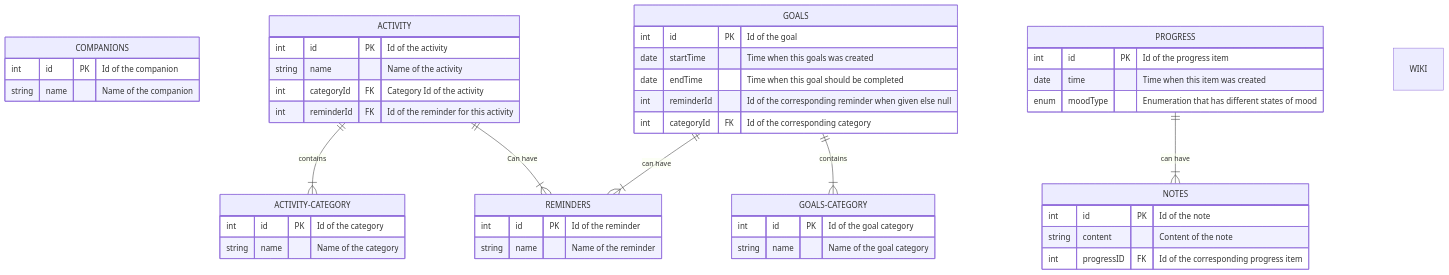
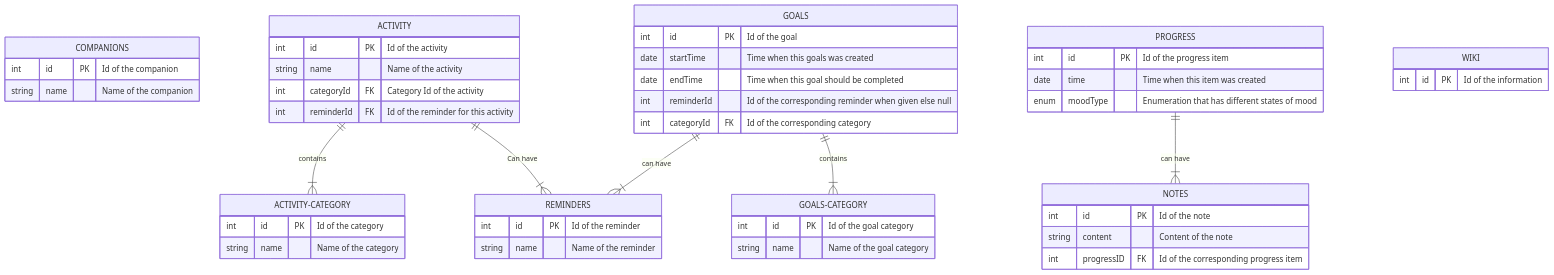
The diagram in docs/erd.md (Relievely/relievely_docs), drawn with Mermaid before and after one commit.

````diff
--- a/docs/erd.md
+++ b/docs/erd.md
@@ -1,55 +1,57 @@
 ```mermaid
 erDiagram
     COMPANIONS {
         int id PK "Id of the companion"
         string name "Name of the companion"
     }
     
     ACTIVITY {
         int id PK "Id of the activity"
         string name "Name of the activity"
         int categoryId FK "Category Id of the activity"
         int reminderId FK "Id of the reminder for this activity"
     }
     ACTIVITY || -- |{ ACTIVITY-CATEGORY : contains
     ACTIVITY || -- |{ REMINDERS : "Can have"
 
 
     ACTIVITY-CATEGORY {
         int id PK "Id of the category"
         string name "Name of the category"
     }
 
     GOALS {
         int id PK "Id of the goal"
         date startTime "Time when this goals was created"
         date endTime "Time when this goal should be completed"
         int reminderId "Id of the corresponding reminder when given else null"
         int categoryId FK "Id of the corresponding category"
     }
     GOALS || -- |{ GOALS-CATEGORY : contains
     GOALS-CATEGORY {
         int id PK "Id of the goal category"
         string name "Name of the goal category"
     }
     GOALS || -- |{ REMINDERS : "can have"
 
     REMINDERS {
         int id PK "Id of the reminder"
         string name "Name of the reminder"
     }
 
     PROGRESS {
         int id PK "Id of the progress item"
         date time "Time when this item was created"
         enum moodType "Enumeration that has different states of mood"
     }
     NOTES {
         int id PK "Id of the note"
         string content "Content of the note"
         int progressID FK "Id of the corresponding progress item"
     }
     PROGRESS || -- |{ NOTES : "can have"
 
-    "WIKI"
+    WIKI {
+        int id PK "Id of the information"
+    }
 ```
````
